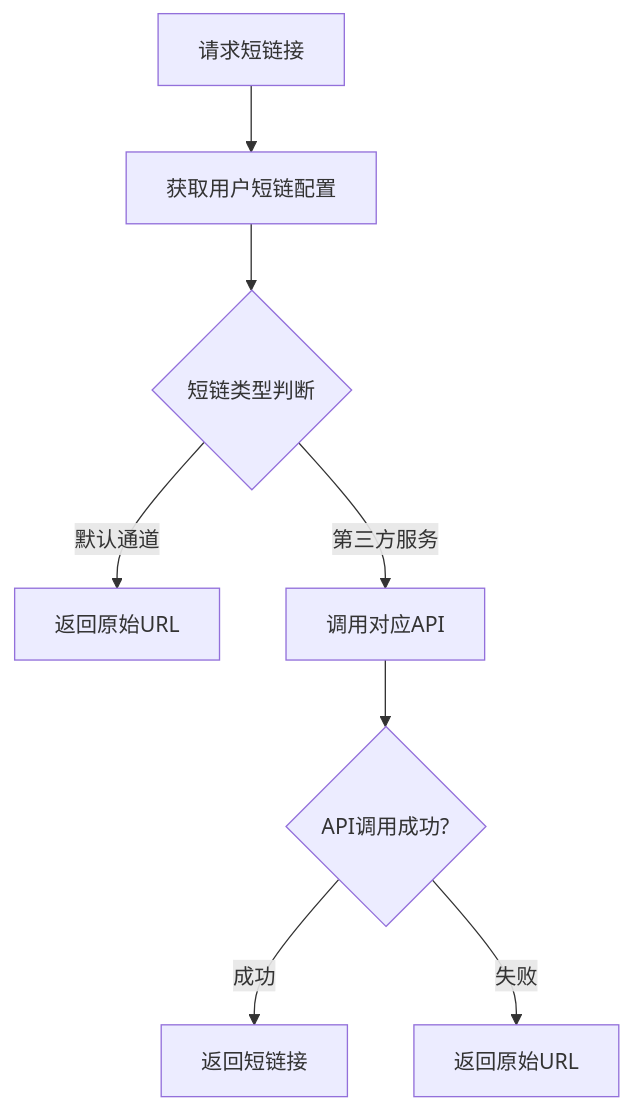
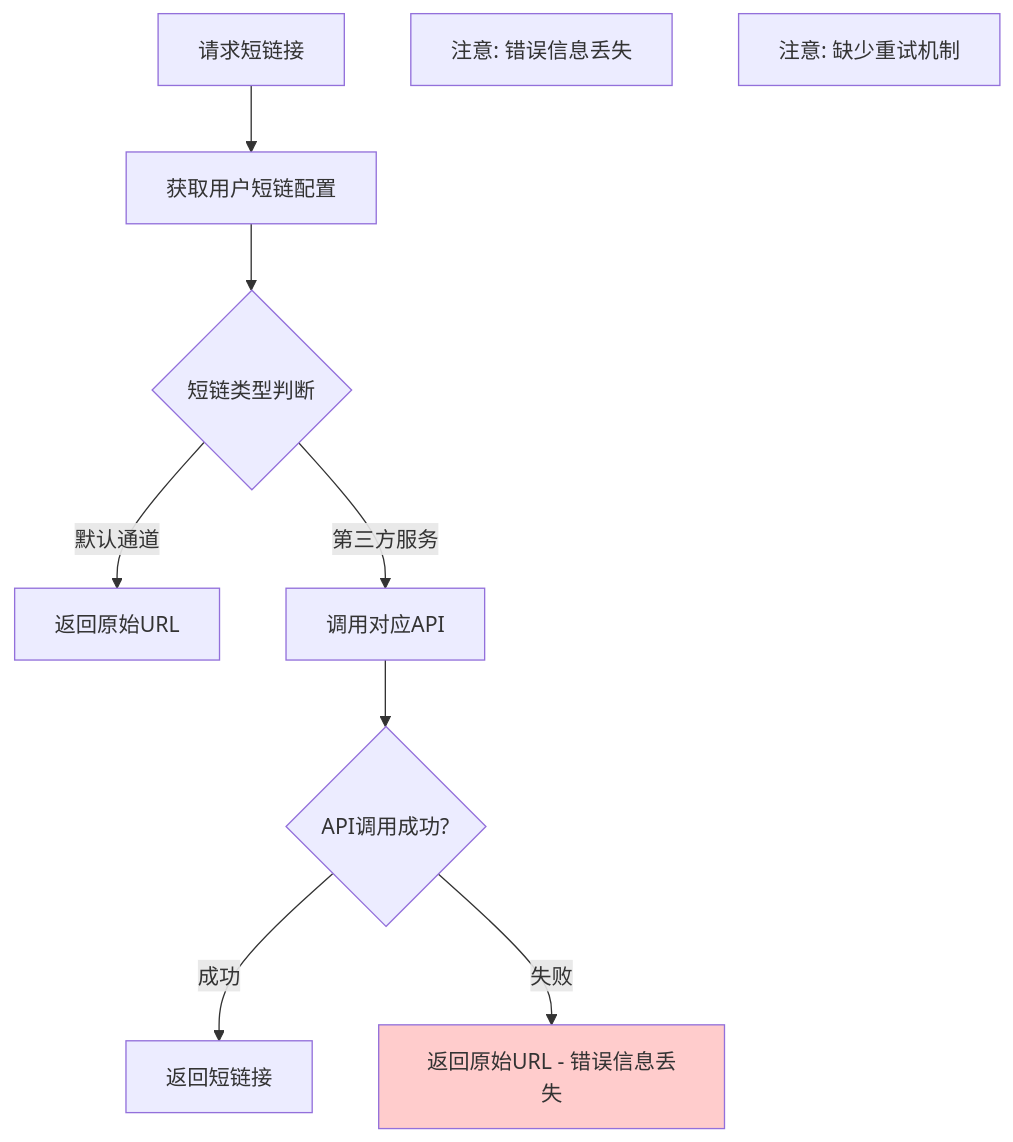
The second of 3 diagrams in docs/防洪配置页面功能分析报告.md (Himhu/Video-Reward), drawn with Mermaid before and after one commit. The commit also changed other lines of this file and 33 other files, not shown here.

````diff
--- a/docs/防洪配置页面功能分析报告.md
+++ b/docs/防洪配置页面功能分析报告.md
@@ -109,10 +214,14 @@
 ```mermaid
 graph TD
     A[请求短链接] --> B[获取用户短链配置]
     B --> C{短链类型判断}
     C -->|默认通道| D[返回原始URL]
     C -->|第三方服务| E[调用对应API]
     E --> F{API调用成功?}
     F -->|成功| G[返回短链接]
-    F -->|失败| H[返回原始URL]
+    F -->|失败| H[返回原始URL - 错误信息丢失]
+
+    style H fill:#ffcccc
+    note1[注意: 错误信息丢失]
+    note2[注意: 缺少重试机制]
 ```
````
